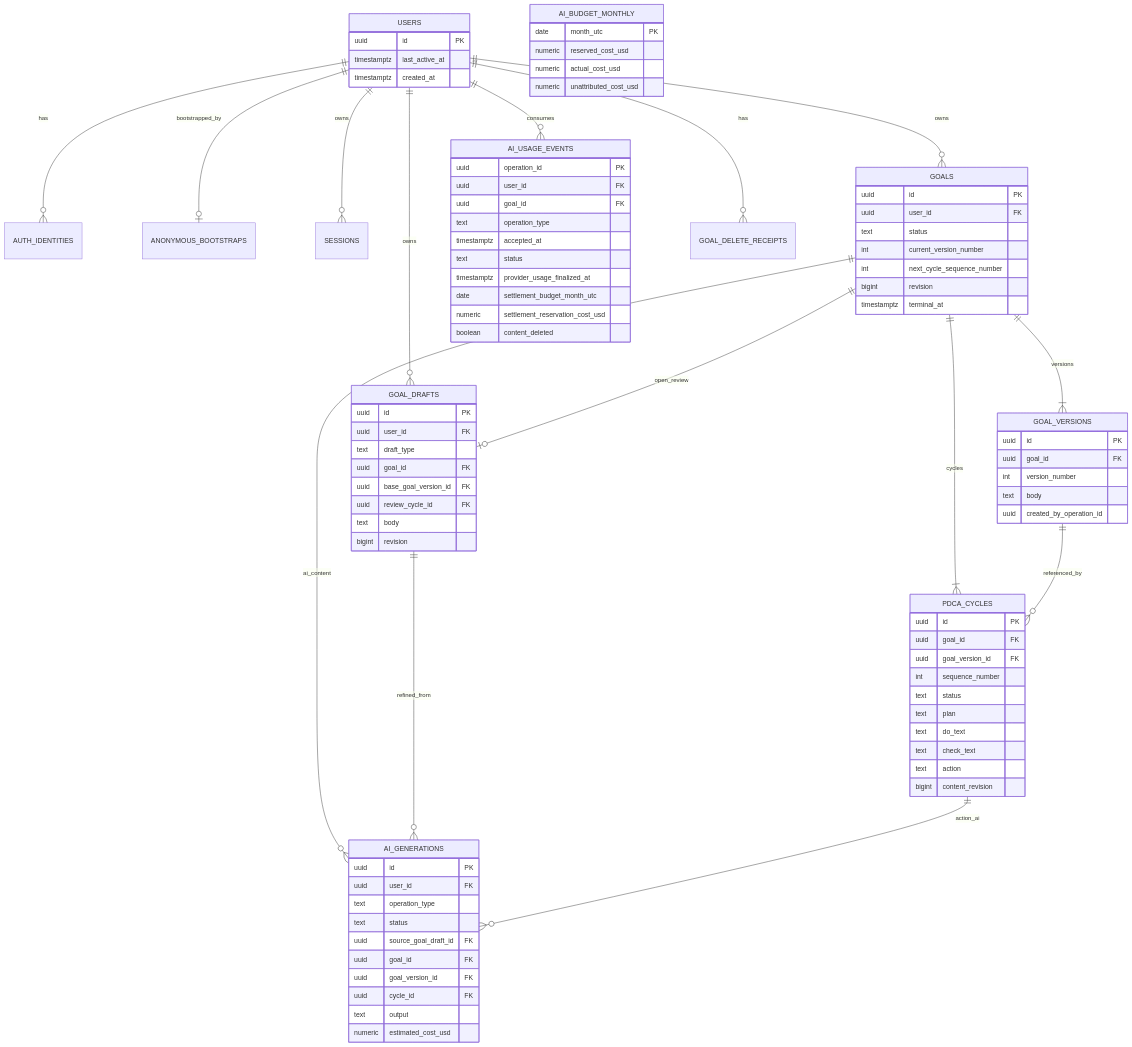
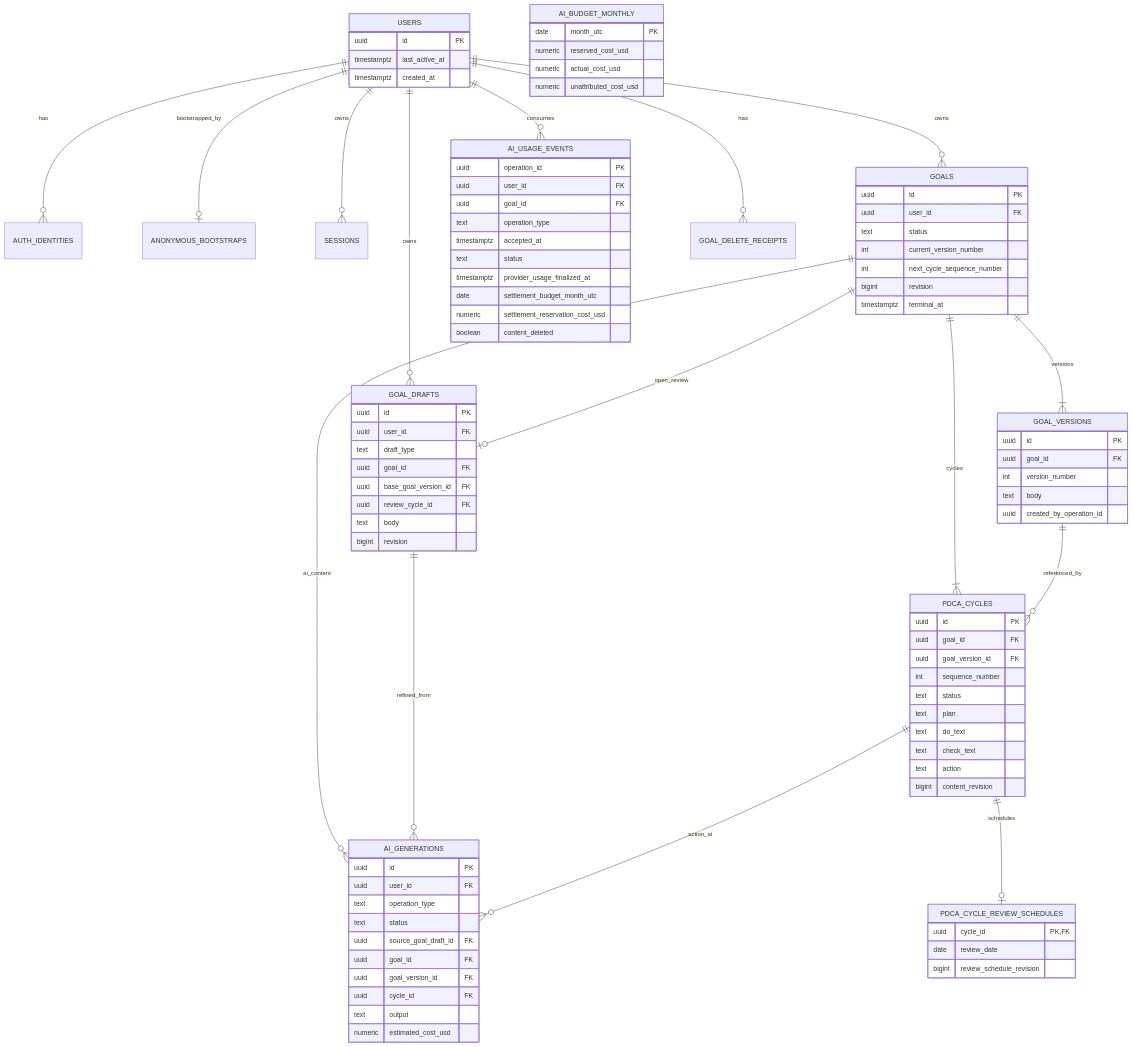
The fifth of 11 diagrams in docs/design.md (fukamu/cycle), drawn with Mermaid before and after one commit. The commit also changed other lines of this file and 34 other files, not shown here.

Commit message:
feat: add Cycle review schedule backend expand (#197)

```diff
--- a/docs/design.md
+++ b/docs/design.md
@@ -1774,6 +1799,7 @@
     GOAL_VERSIONS ||--o{ PDCA_CYCLES : referenced_by
     GOAL_DRAFTS ||--o{ AI_GENERATIONS : refined_from
     PDCA_CYCLES ||--o{ AI_GENERATIONS : action_ai
+    PDCA_CYCLES ||--o| PDCA_CYCLE_REVIEW_SCHEDULES : schedules
 
     USERS {
       uuid id PK
@@ -1818,6 +1844,11 @@
       text action
       bigint content_revision
     }
+    PDCA_CYCLE_REVIEW_SCHEDULES {
+      uuid cycle_id PK,FK
+      date review_date
+      bigint review_schedule_revision
+    }
     AI_GENERATIONS {
       uuid id PK
       uuid user_id FK
```
